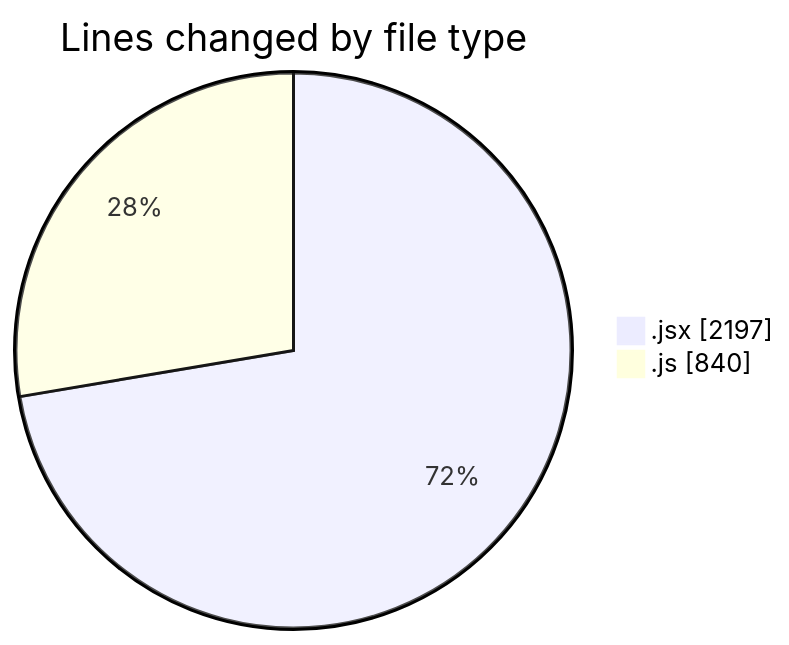
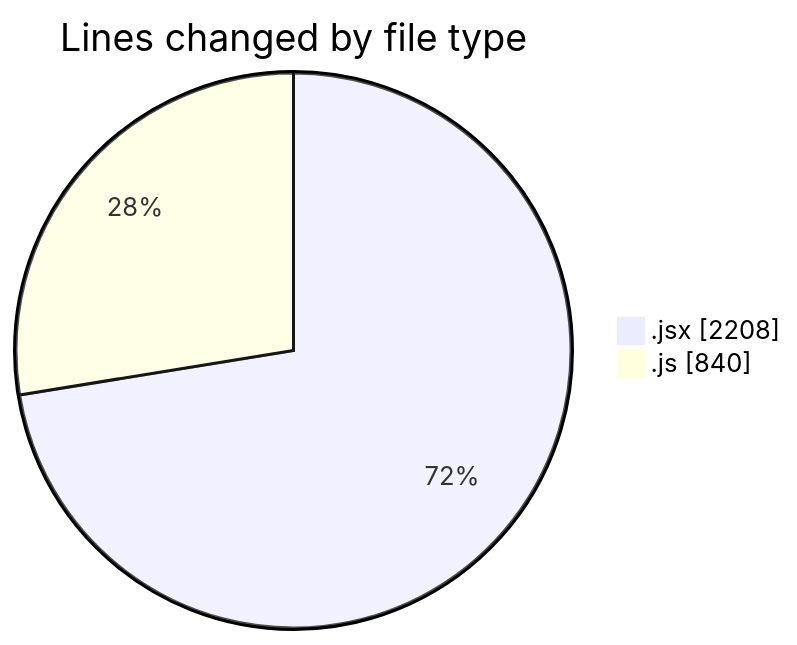
Before and after one commit to nxtqubesakshisongat/code-tracking: the first of 2 diagrams in 2025-06-28/argos/README.md, drawn with Mermaid. The commit also changed other lines of this file and 1 other file, not shown here.

````diff
--- a/2025-06-28/argos/README.md
+++ b/2025-06-28/argos/README.md
@@ -26,6 +26,6 @@
 ```mermaid
 pie showData
 title Lines changed by file type
-".jsx" : 2197
+".jsx" : 2208
 ".js" : 840
 ```
````
